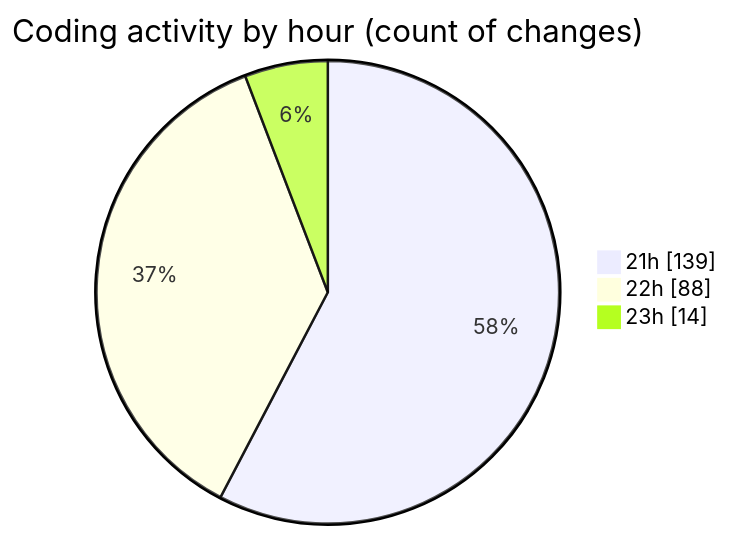
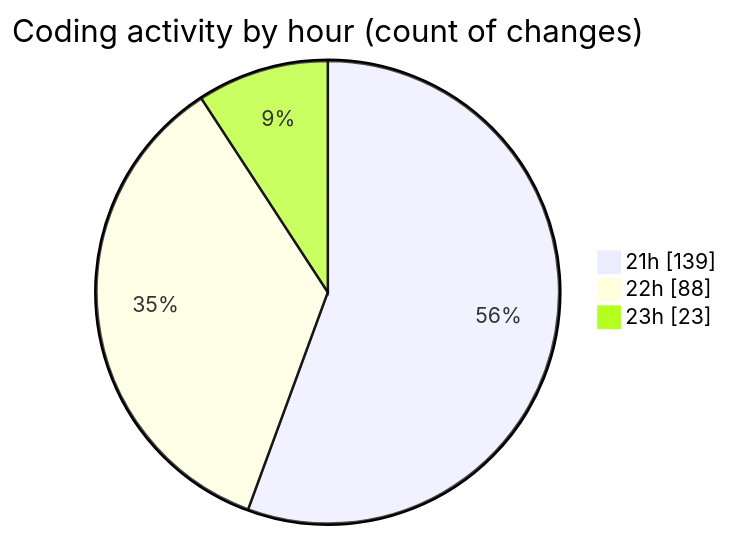
One commit to Ritupan-Deka/code-tracking changed the second of 2 diagrams in 2025-08-03/javascript/README.md. Above: the diagram before and after it, drawn with Mermaid. The commit also changed other lines of this file and 1 other file, not shown here.

````diff
--- a/2025-08-03/javascript/README.md
+++ b/2025-08-03/javascript/README.md
@@ -33,7 +33,7 @@
 ```mermaid
 pie showData
 title Coding activity by hour (count of changes)
 "21h" : 139
 "22h" : 88
-"23h" : 14
+"23h" : 23
 ```
````
